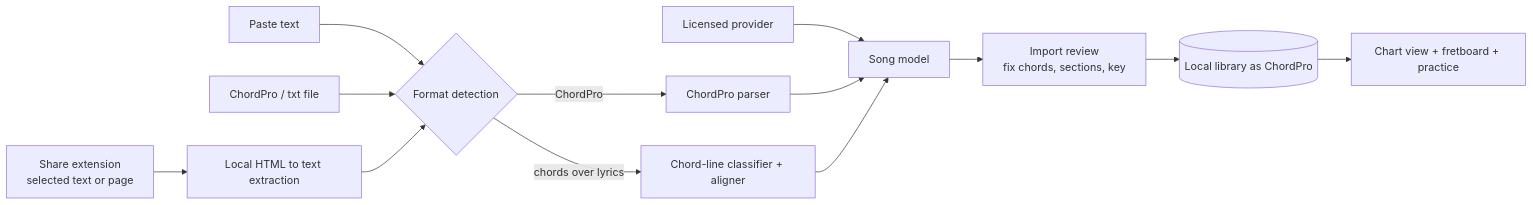
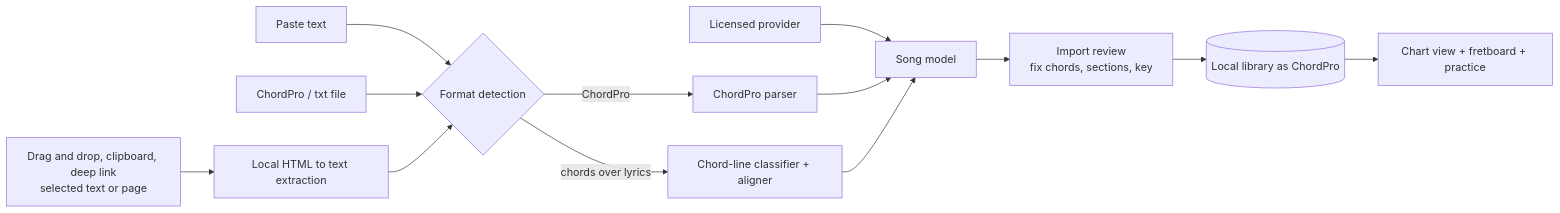
One commit to stainedhead/mackey-guitar-tutor changed the diagram in docs/song-import.md. Above: the diagram before and after it, drawn with Mermaid. The commit also changed other lines of this file and 15 other files, not shown here.

````diff
--- a/docs/song-import.md
+++ b/docs/song-import.md
@@ -35,14 +35,14 @@
 ```mermaid
 flowchart LR
     Paste[Paste text] --> Detect
     File[ChordPro / txt file] --> Detect
-    Share[Share extension<br/>selected text or page] --> Extract[Local HTML to text extraction] --> Detect
+    Share[Drag and drop, clipboard, deep link<br/>selected text or page] --> Extract[Local HTML to text extraction] --> Detect
     Provider[Licensed provider] --> Norm
     Detect{Format detection} -->|ChordPro| CP[ChordPro parser]
     Detect -->|chords over lyrics| COL[Chord-line classifier + aligner]
     CP --> Norm[Song model]
     COL --> Norm
     Norm --> Review[Import review<br/>fix chords, sections, key]
     Review --> Save[(Local library as ChordPro)]
     Save --> Chart[Chart view + fretboard + practice]
 ```
````
